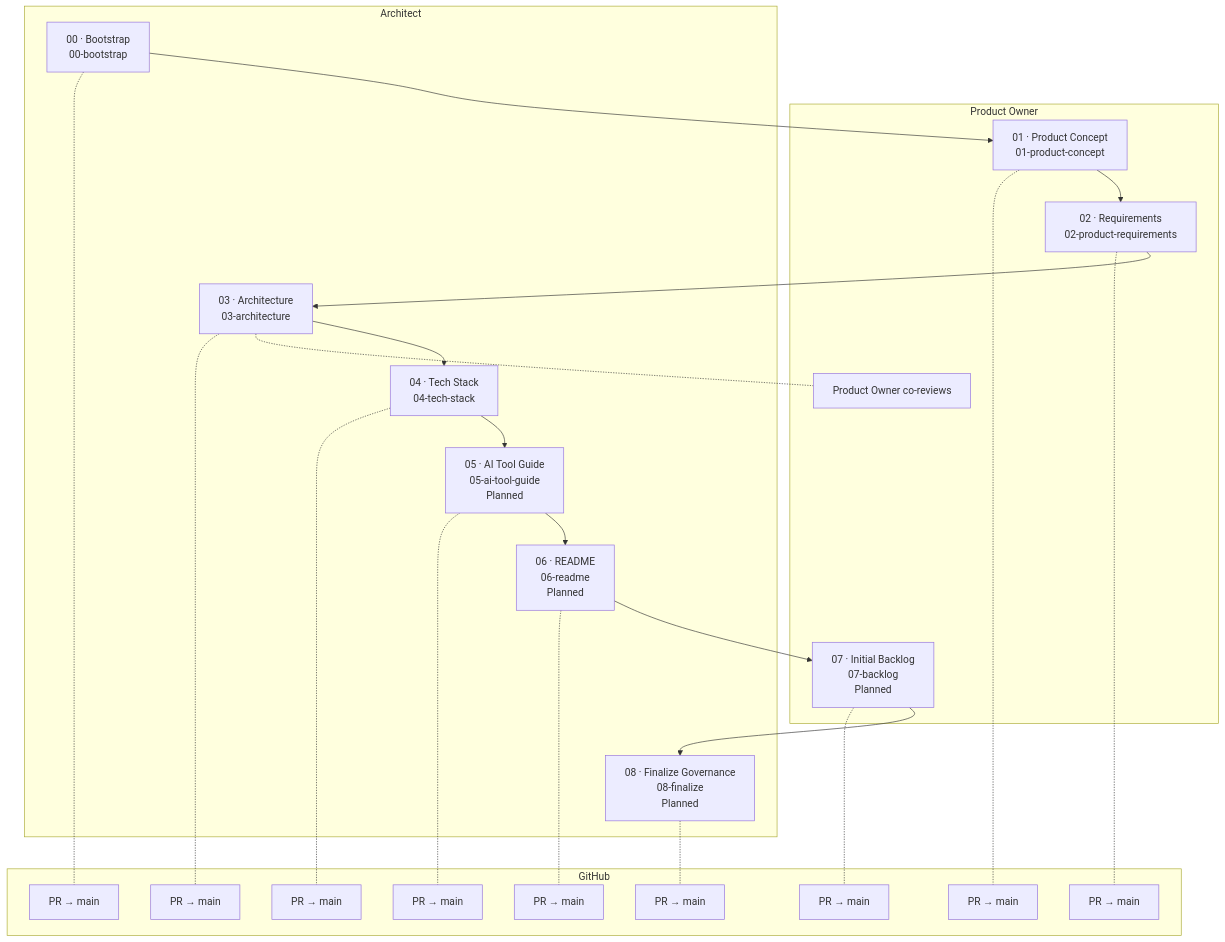
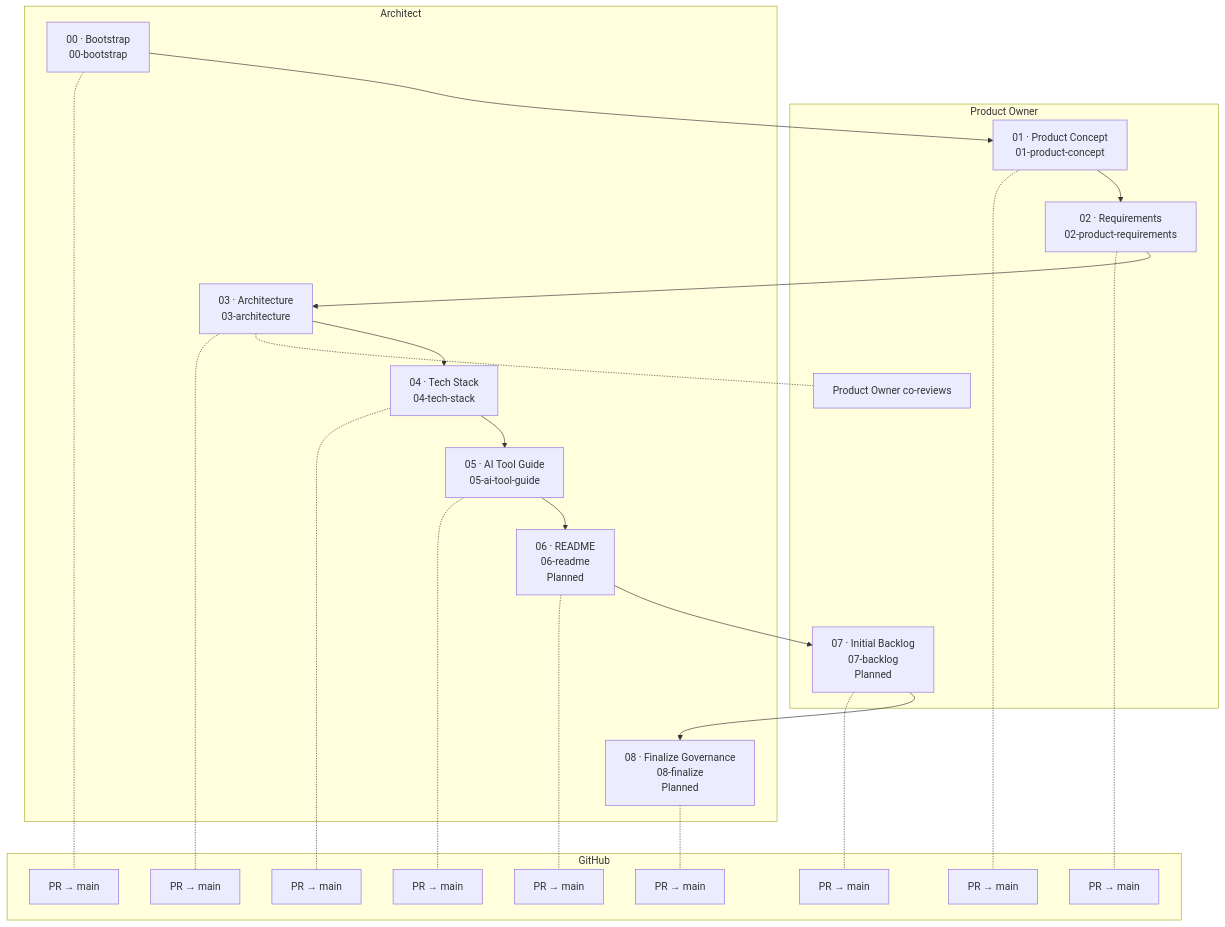
Before and after one commit to viralparikh-dev/cuevik-plugins: the first of 3 diagrams in docs/guides/Cuevik-Plugins_Walkthrough.md, drawn with Mermaid. The commit also changed other lines of this file and 13 other files, not shown here.

First line of the commit message:
feat: 05-ai-tool-guide skill (Phase 09)

````diff
--- a/docs/guides/Cuevik-Plugins_Walkthrough.md
+++ b/docs/guides/Cuevik-Plugins_Walkthrough.md
@@ -80,46 +80,46 @@
 ```mermaid
 flowchart TB
   subgraph PO["Product Owner"]
     M1["01 · Product Concept<br/>01-product-concept"]
     M2["02 · Requirements<br/>02-product-requirements"]
     S3_1["Product Owner co-reviews"]
     M7["07 · Initial Backlog<br/>07-backlog<br/>Planned"]
   end
   subgraph AR["Architect"]
     M0["00 · Bootstrap<br/>00-bootstrap"]
     M3["03 · Architecture<br/>03-architecture"]
     M4["04 · Tech Stack<br/>04-tech-stack"]
-    M5["05 · AI Tool Guide<br/>05-ai-tool-guide<br/>Planned"]
+    M5["05 · AI Tool Guide<br/>05-ai-tool-guide"]
     M6["06 · README<br/>06-readme<br/>Planned"]
     M8["08 · Finalize Governance<br/>08-finalize<br/>Planned"]
   end
   subgraph GH["GitHub"]
     S0_0["PR → main"]
     S1_0["PR → main"]
     S2_0["PR → main"]
     S3_0["PR → main"]
     S4_0["PR → main"]
     S5_0["PR → main"]
     S6_0["PR → main"]
     S7_0["PR → main"]
     S8_0["PR → main"]
   end
   M0 -.- S0_0
   M0 --> M1
   M1 -.- S1_0
   M1 --> M2
   M2 -.- S2_0
   M2 --> M3
   M3 -.- S3_0
   M3 -.- S3_1
   M3 --> M4
   M4 -.- S4_0
   M4 --> M5
   M5 -.- S5_0
   M5 --> M6
   M6 -.- S6_0
   M6 --> M7
   M7 -.- S7_0
   M7 --> M8
   M8 -.- S8_0
 ```
````
